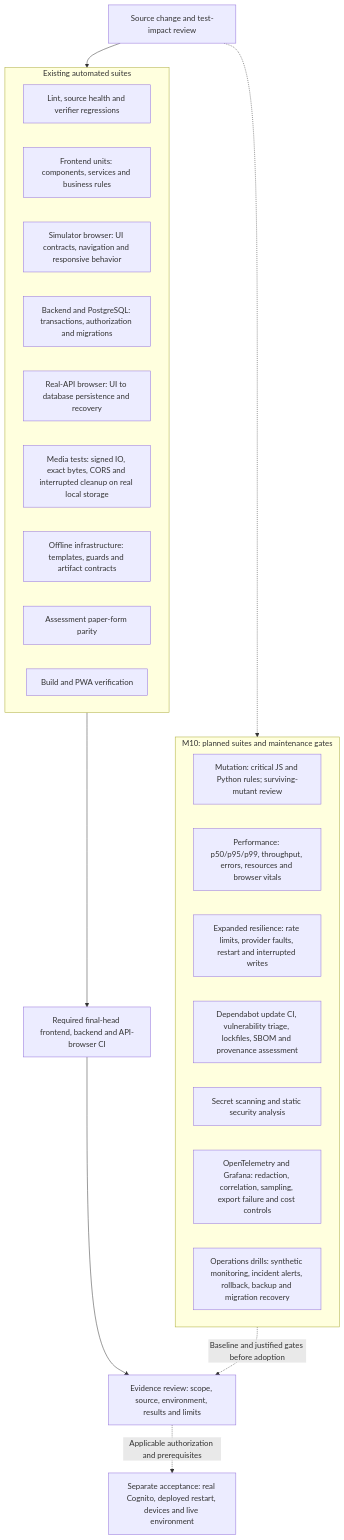
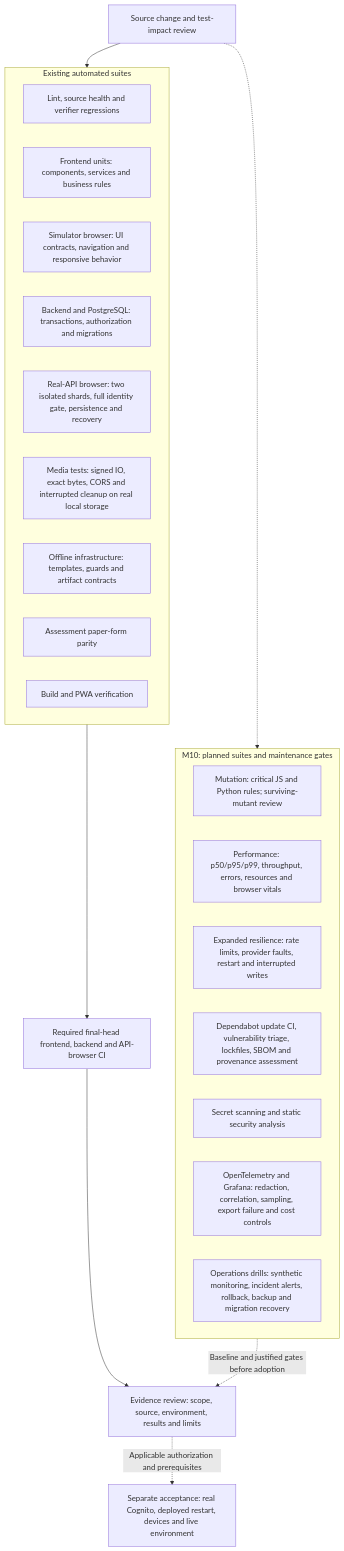
One commit to LimYouSheng/FitfinityReact changed the third of 3 diagrams in docs/Architecture/diagram.md. Above: the diagram before and after it, drawn with Mermaid. The commit also changed 9 other files, not shown here.

Commit message:
Split complete API browser CI with strict aggregate evidence

````diff
--- a/docs/Architecture/diagram.md
+++ b/docs/Architecture/diagram.md
@@ -87,32 +87,32 @@
 ```mermaid
 flowchart TB
   Change["Source change and test-impact review"]
   subgraph Existing["Existing automated suites"]
     Static["Lint, source health and verifier regressions"]
     Unit["Frontend units: components, services and business rules"]
     Simulator["Simulator browser: UI contracts, navigation and responsive behavior"]
     Database["Backend and PostgreSQL: transactions, authorization and migrations"]
-    Browser["Real-API browser: UI to database persistence and recovery"]
+    Browser["Real-API browser: two isolated shards, full identity gate, persistence and recovery"]
     ObjectTests["Media tests: signed IO, exact bytes, CORS and interrupted cleanup on real local storage"]
     Infra["Offline infrastructure: templates, guards and artifact contracts"]
     Forms["Assessment paper-form parity"]
     Build["Build and PWA verification"]
   end
   subgraph Future["M10: planned suites and maintenance gates"]
     Mutation["Mutation: critical JS and Python rules; surviving-mutant review"]
     Performance["Performance: p50/p95/p99, throughput, errors, resources and browser vitals"]
     Resilience["Expanded resilience: rate limits, provider faults, restart and interrupted writes"]
     SupplyTests["Dependabot update CI, vulnerability triage, lockfiles, SBOM and provenance assessment"]
     SecurityTests["Secret scanning and static security analysis"]
     Observability["OpenTelemetry and Grafana: redaction, correlation, sampling, export failure and cost controls"]
     Drills["Operations drills: synthetic monitoring, incident alerts, rollback, backup and migration recovery"]
   end
   Gates["Required final-head frontend, backend and API-browser CI"]
   Evidence["Evidence review: scope, source, environment, results and limits"]
   Live["Separate acceptance: real Cognito, deployed restart, devices and live environment"]
   Change --> Existing
   Existing --> Gates --> Evidence
   Change -.-> Future
   Future -.->|"Baseline and justified gates before adoption"| Evidence
   Evidence -.->|"Applicable authorization and prerequisites"| Live
 ```
````
